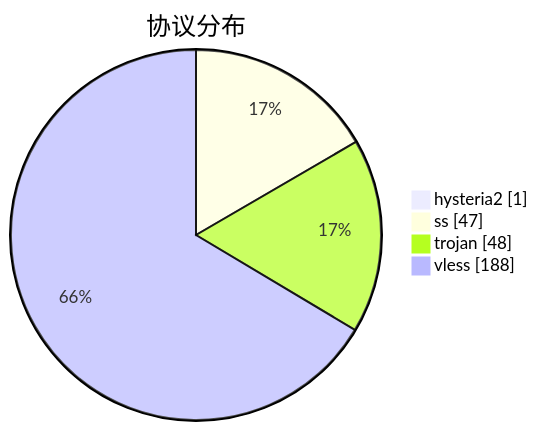
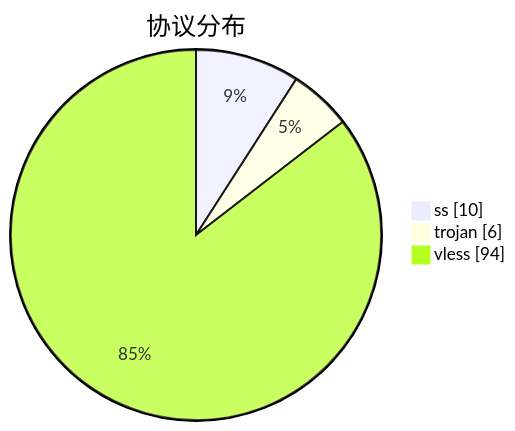
The third of 3 diagrams in subs/statistics/tested_within.md (qjlxg/airport), drawn with Mermaid before and after one commit. The commit also changed other lines of this file and 2 other files, not shown here.

````diff
--- a/subs/statistics/tested_within.md
+++ b/subs/statistics/tested_within.md
@@ -19,8 +18,7 @@
 ```mermaid
 pie showData
 title 协议分布
-"hysteria2" : 1
-"ss" : 47
-"trojan" : 48
-"vless" : 188
+"ss" : 10
+"trojan" : 6
+"vless" : 94
 ```
````
